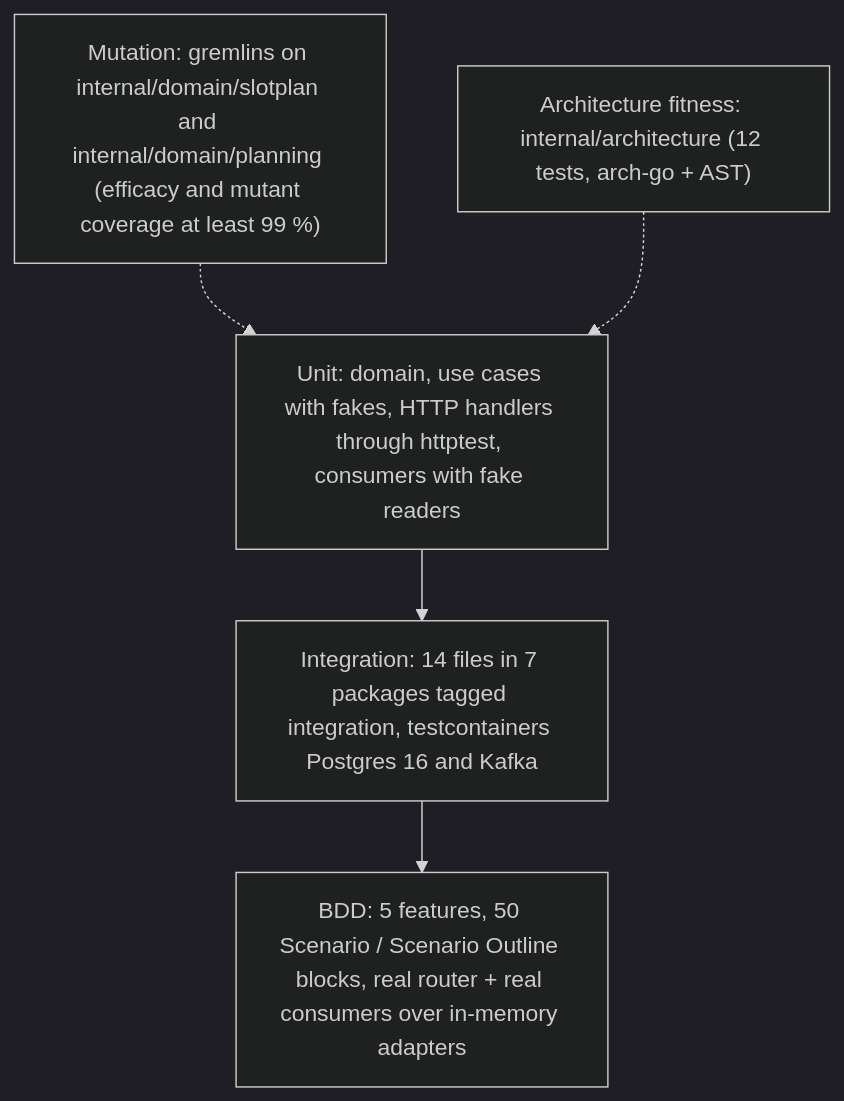
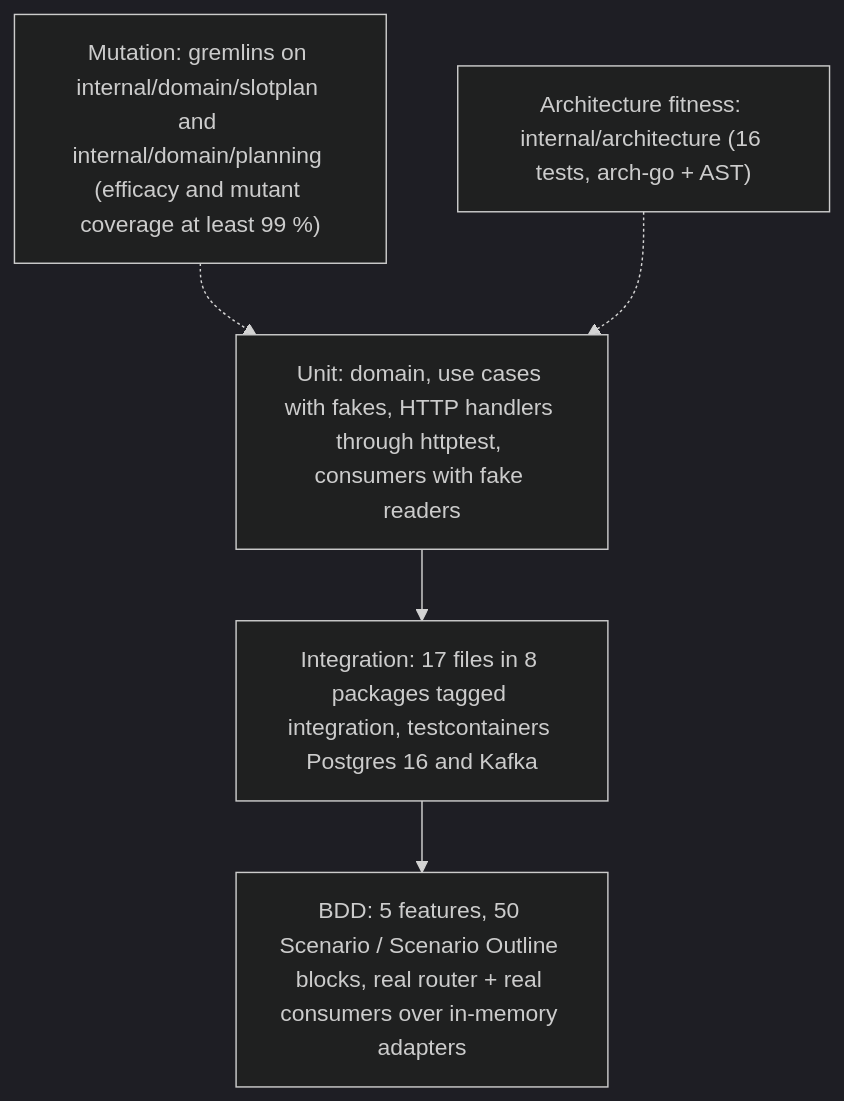
One commit to IQVO/slotting-optimization changed the diagram in docs/docs/development/testing.md. Above: the diagram before and after it, drawn with Mermaid (dark theme). The commit also changed other lines of this file and 10 other files, not shown here.

````diff
--- a/docs/docs/development/testing.md
+++ b/docs/docs/development/testing.md
@@ -14,11 +16,11 @@
 ```mermaid
 flowchart TB
-    arch["Architecture fitness: internal/architecture (12 tests, arch-go + AST)"]
+    arch["Architecture fitness: internal/architecture (16 tests, arch-go + AST)"]
     mut["Mutation: gremlins on internal/domain/slotplan and internal/domain/planning (efficacy and mutant coverage at least 99 %)"]
     bdd["BDD: 5 features, 50 Scenario / Scenario Outline blocks, real router + real consumers over in-memory adapters"]
-    integ["Integration: 14 files in 7 packages tagged integration, testcontainers Postgres 16 and Kafka"]
+    integ["Integration: 17 files in 8 packages tagged integration, testcontainers Postgres 16 and Kafka"]
     unit["Unit: domain, use cases with fakes, HTTP handlers through httptest, consumers with fake readers"]
     unit --> integ --> bdd
     mut -.-> unit
     arch -.-> unit
 ```
````
